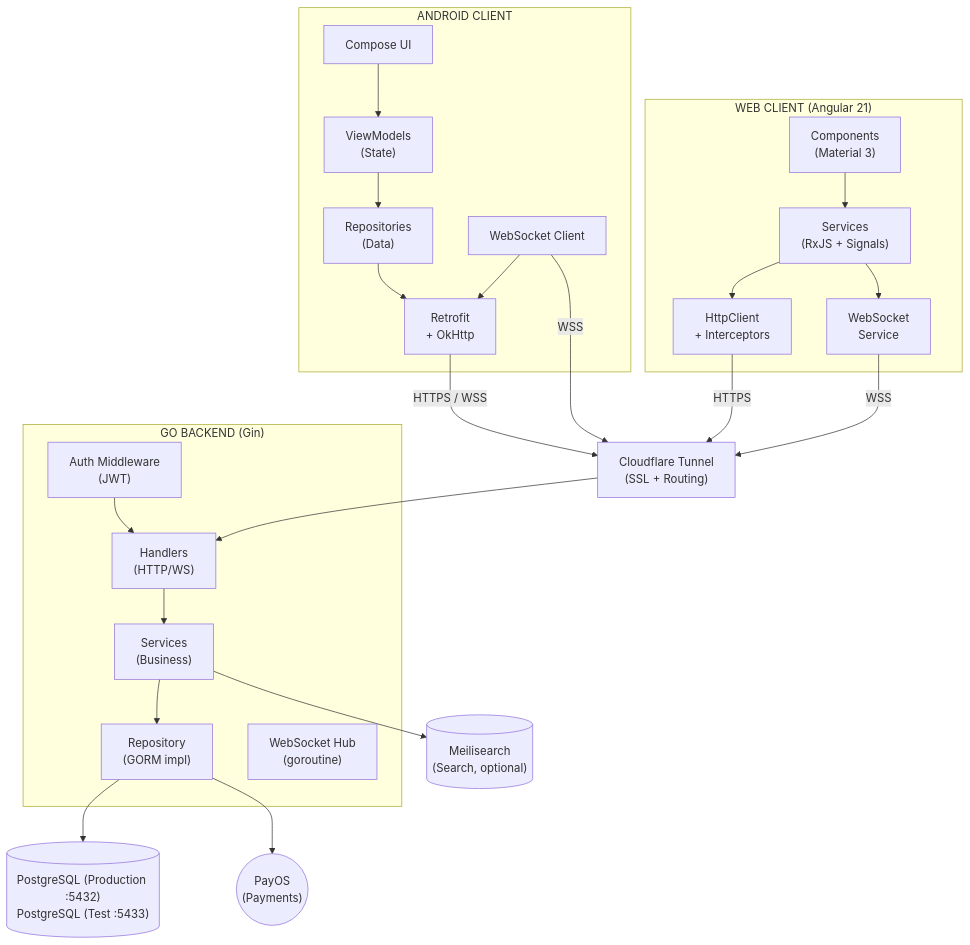
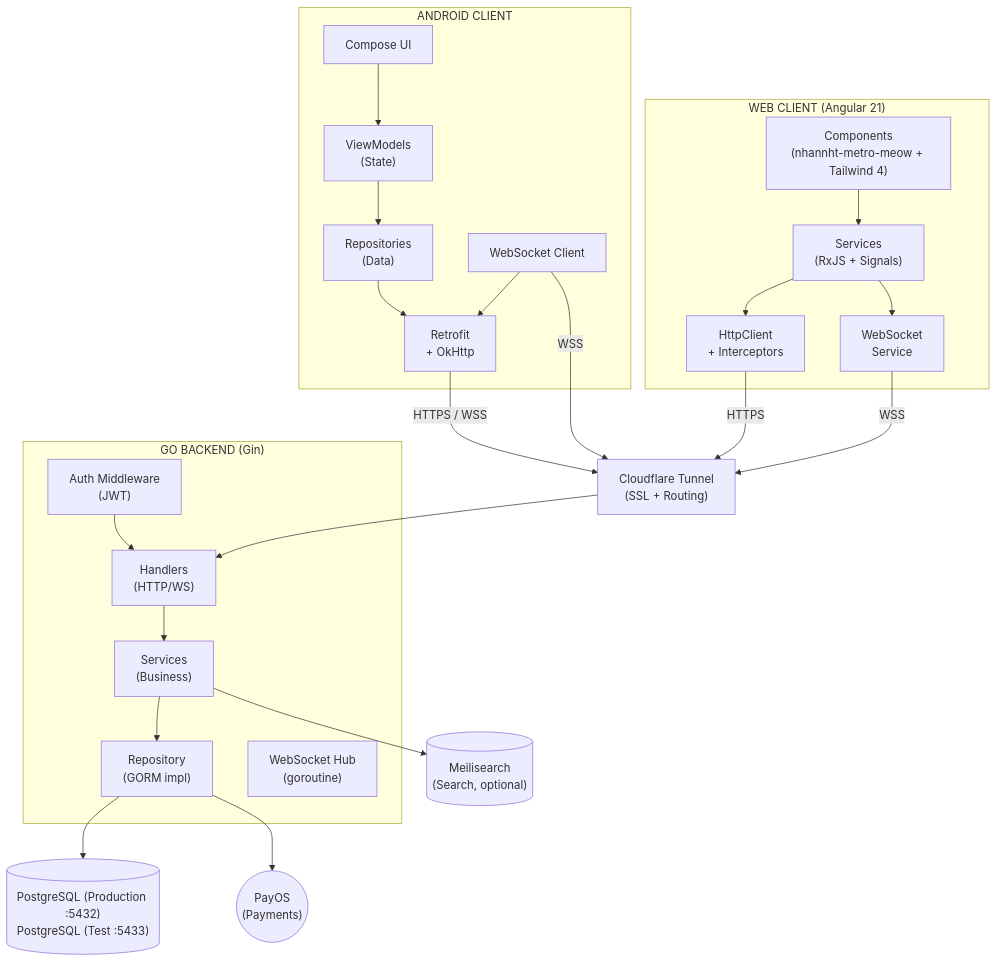
The first of 10 diagrams in docs/technical/ARCHITECTURE.md (nhannht/viecz), drawn with Mermaid before and after one commit. The commit also changed other lines of this file and 7 other files, not shown here.

````diff
--- a/docs/technical/ARCHITECTURE.md
+++ b/docs/technical/ARCHITECTURE.md
@@ -40,55 +40,55 @@
 ```mermaid
 graph TD
     subgraph ANDROID_CLIENT["ANDROID CLIENT"]
         ComposeUI["Compose UI"]
         ViewModels["ViewModels<br/>(State)"]
         Repositories["Repositories<br/>(Data)"]
         Retrofit["Retrofit<br/>+ OkHttp"]
         WebSocketClient["WebSocket Client"]
 
         ComposeUI --> ViewModels
         ViewModels --> Repositories
         Repositories --> Retrofit
         WebSocketClient --> Retrofit
     end
 
     subgraph WEB_CLIENT["WEB CLIENT (Angular 21)"]
-        AngularComponents["Components<br/>(Material 3)"]
+        AngularComponents["Components<br/>(nhannht-metro-meow + Tailwind 4)"]
         AngularServices["Services<br/>(RxJS + Signals)"]
         HttpClient["HttpClient<br/>+ Interceptors"]
         WsService["WebSocket<br/>Service"]
 
         AngularComponents --> AngularServices
         AngularServices --> HttpClient
         AngularServices --> WsService
     end
 
     CLOUDFLARE["Cloudflare Tunnel<br/>(SSL + Routing)"]
 
     Retrofit -- "HTTPS / WSS" --> CLOUDFLARE
     WebSocketClient -- "WSS" --> CLOUDFLARE
     HttpClient -- "HTTPS" --> CLOUDFLARE
     WsService -- "WSS" --> CLOUDFLARE
 
     subgraph GO_BACKEND["GO BACKEND (Gin)"]
         AuthMW["Auth Middleware<br/>(JWT)"]
         Handlers["Handlers<br/>(HTTP/WS)"]
         Services["Services<br/>(Business)"]
         Repository["Repository<br/>(GORM impl)"]
         WebSocketHub["WebSocket Hub<br/>(goroutine)"]
 
         AuthMW --> Handlers
         Handlers --> Services
         Services --> Repository
     end
 
     CLOUDFLARE --> Handlers
 
     DB[("PostgreSQL (Production :5432)<br/>PostgreSQL (Test :5433)")]
     PayOS(("PayOS<br/>(Payments)"))
     Meilisearch[("Meilisearch<br/>(Search, optional)")]
 
     Repository --> DB
     Repository --> PayOS
     Services --> Meilisearch
 ```
````
